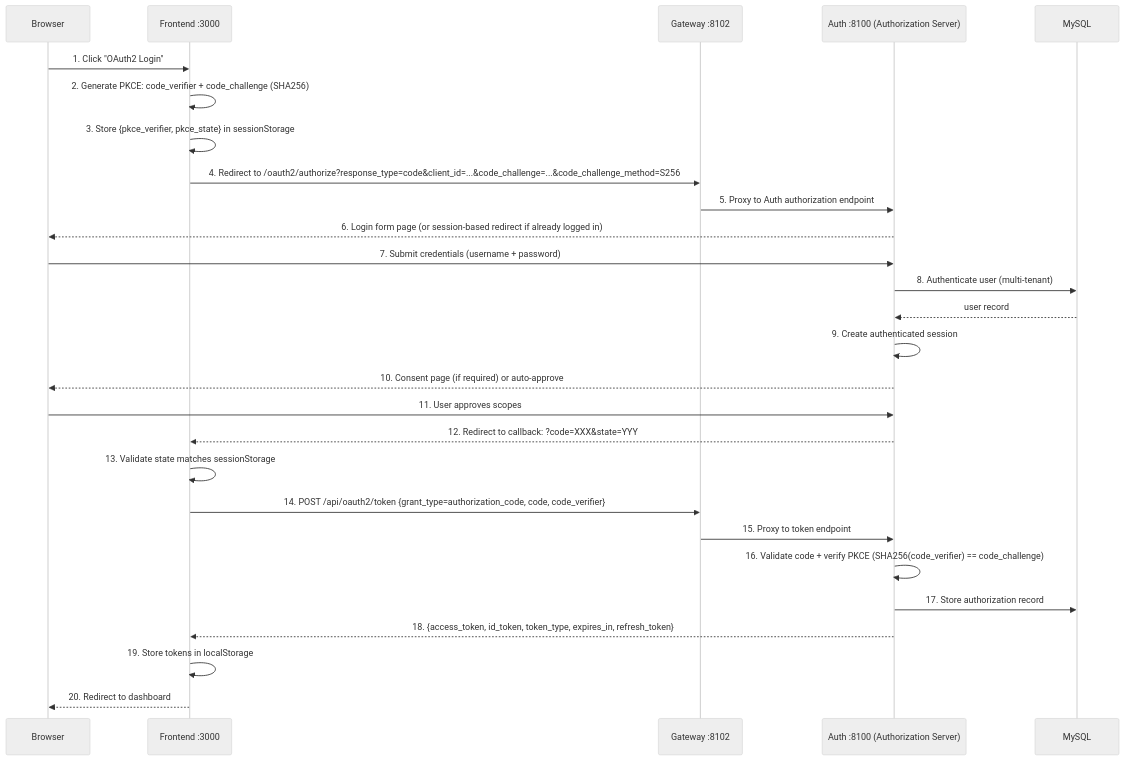
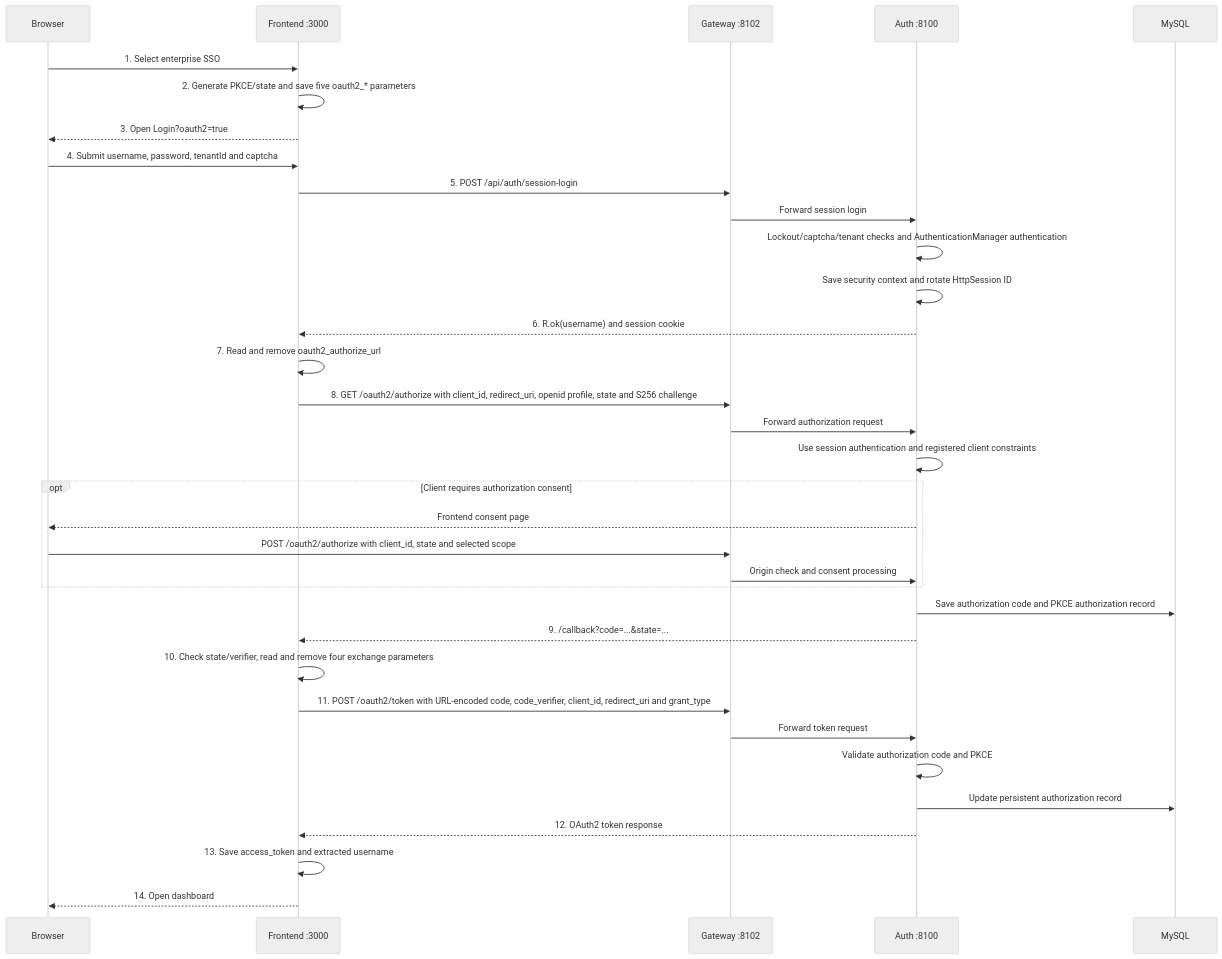
Before and after one commit to wang-baohai/Omni-Stack: the second of 21 diagrams in docs/core-flows.en.md, drawn with Mermaid (neutral theme). The commit also changed other lines of this file and 1095 other files, not shown here.

````diff
--- a/docs/core-flows.en.md
+++ b/docs/core-flows.en.md
@@ -277,30 +162,37 @@
 ```mermaid
 sequenceDiagram
     participant B as Browser
     participant F as Frontend :3000
     participant G as Gateway :8102
-    participant A as Auth :8100 (Authorization Server)
+    participant A as Auth :8100
     participant M as MySQL
 
-    B->>F: 1. Click "OAuth2 Login"
-    F->>F: 2. Generate PKCE: code_verifier + code_challenge (SHA256)
-    F->>F: 3. Store {pkce_verifier, pkce_state} in sessionStorage
-    F->>G: 4. Redirect to /oauth2/authorize?response_type=code&client_id=...&code_challenge=...&code_challenge_method=S256
-    G->>A: 5. Proxy to Auth authorization endpoint
-    A-->>B: 6. Login form page (or session-based redirect if already logged in)
-    B->>A: 7. Submit credentials (username + password)
-    A->>M: 8. Authenticate user (multi-tenant)
-    M-->>A: user record
-    A->>A: 9. Create authenticated session
-    A-->>B: 10. Consent page (if required) or auto-approve
-    B->>A: 11. User approves scopes
-    A-->>F: 12. Redirect to callback: ?code=XXX&state=YYY
-    F->>F: 13. Validate state matches sessionStorage
-    F->>G: 14. POST /api/oauth2/token {grant_type=authorization_code, code, code_verifier}
-    G->>A: 15. Proxy to token endpoint
-    A->>A: 16. Validate code + verify PKCE (SHA256(code_verifier) == code_challenge)
-    A->>M: 17. Store authorization record
-    A-->>F: 18. {access_token, id_token, token_type, expires_in, refresh_token}
-    F->>F: 19. Store tokens in localStorage
-    F-->>B: 20. Redirect to dashboard
+    B->>F: 1. Select enterprise SSO
+    F->>F: 2. Generate PKCE/state and save five oauth2_* parameters
+    F-->>B: 3. Open Login?oauth2=true
+    B->>F: 4. Submit username, password, tenantId and captcha
+    F->>G: 5. POST /api/auth/session-login
+    G->>A: Forward session login
+    A->>A: Lockout/captcha/tenant checks and AuthenticationManager authentication
+    A->>A: Save security context and rotate HttpSession ID
+    A-->>F: 6. R.ok(username) and session cookie
+    F->>F: 7. Read and remove oauth2_authorize_url
+    F->>G: 8. GET /oauth2/authorize with client_id, redirect_uri, openid profile, state and S256 challenge
+    G->>A: Forward authorization request
+    A->>A: Use session authentication and registered client constraints
+    opt Client requires authorization consent
+    A-->>B: Frontend consent page
+    B->>G: POST /oauth2/authorize with client_id, state and selected scope
+    G->>A: Origin check and consent processing
+    end
+    A->>M: Save authorization code and PKCE authorization record
+    A-->>F: 9. /callback?code=...&state=...
+    F->>F: 10. Check state/verifier, read and remove four exchange parameters
+    F->>G: 11. POST /oauth2/token with URL-encoded code, code_verifier, client_id, redirect_uri and grant_type
+    G->>A: Forward token request
+    A->>A: Validate authorization code and PKCE
+    A->>M: Update persistent authorization record
+    A-->>F: 12. OAuth2 token response
+    F->>F: 13. Save access_token and extracted username
+    F-->>B: 14. Open dashboard
 ```
````
